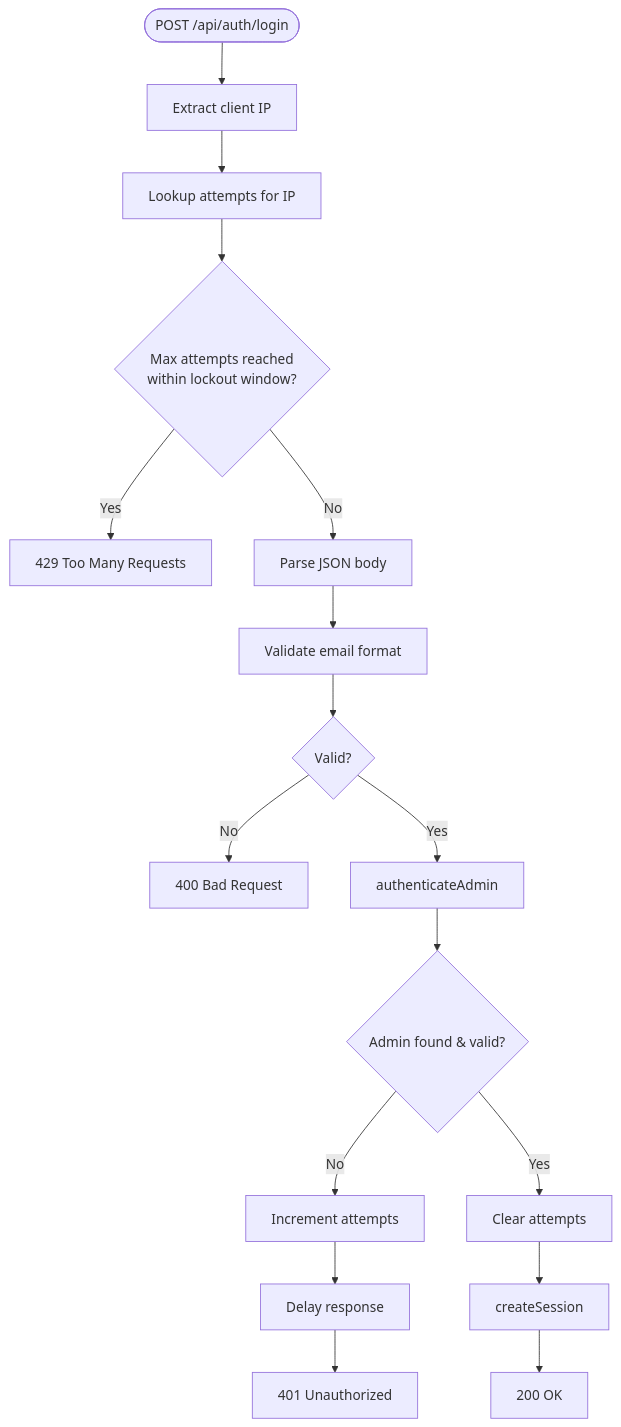
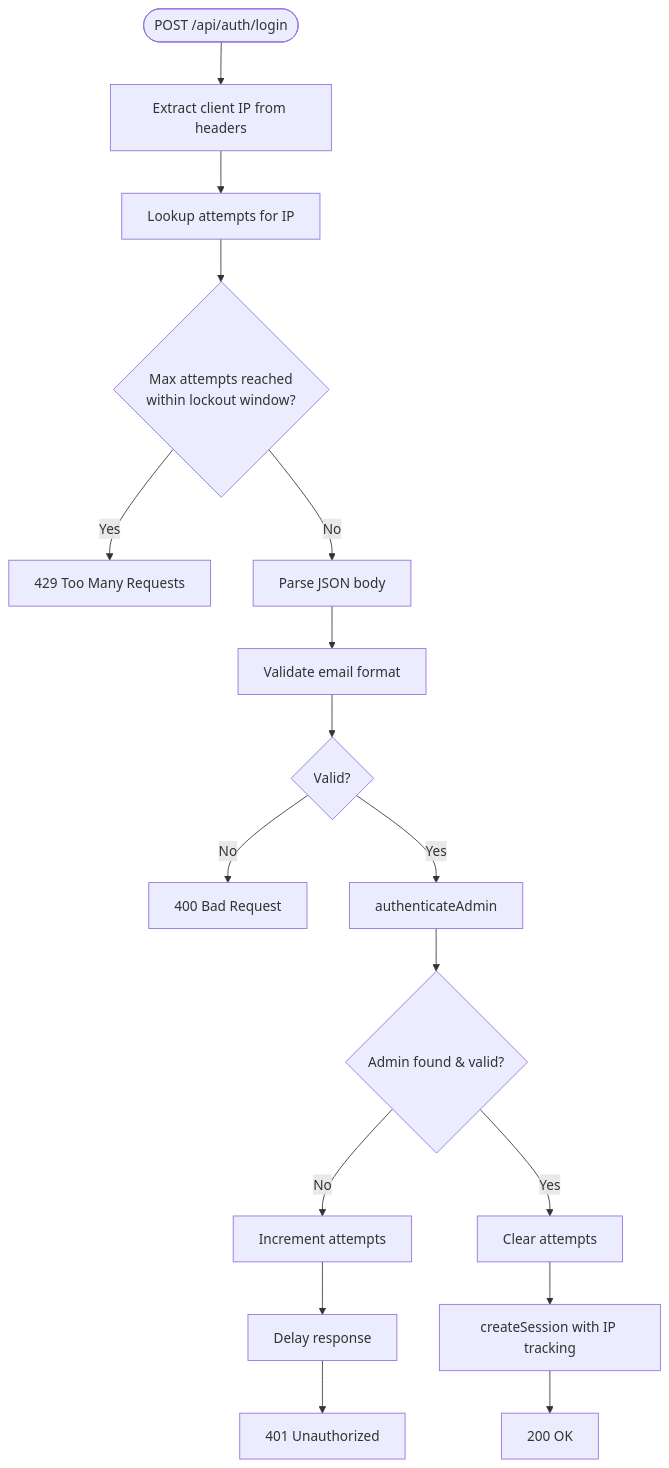
The fifth of 10 diagrams in .qoder/repowiki/en/content/Security Implementation/Security Implementation.md (xLegarda/GreenAxis), drawn with Mermaid before and after one commit. The commit also changed other lines of this file and 42 other files, not shown here.

````diff
--- a/.qoder/repowiki/en/content/Security Implementation/Security Implementation.md
+++ b/.qoder/repowiki/en/content/Security Implementation/Security Implementation.md
@@ -253,15 +269,15 @@
 ```mermaid
 flowchart TD
-Entry(["POST /api/auth/login"]) --> GetIP["Extract client IP"]
+Entry(["POST /api/auth/login"]) --> GetIP["Extract client IP from headers"]
 GetIP --> CheckAttempts["Lookup attempts for IP"]
 CheckAttempts --> Locked{"Max attempts reached<br/>within lockout window?"}
 Locked --> |Yes| Respond429["429 Too Many Requests"]
 Locked --> |No| ParseBody["Parse JSON body"]
 ParseBody --> Validate["Validate email format"]
 Validate --> Valid{"Valid?"}
 Valid --> |No| Respond400["400 Bad Request"]
 Valid --> |Yes| Authenticate["authenticateAdmin"]
 Authenticate --> Found{"Admin found & valid?"}
 Found --> |No| Inc["Increment attempts"] --> Delay["Delay response"] --> Respond401["401 Unauthorized"]
-Found --> |Yes| Clear["Clear attempts"] --> CreateSession["createSession"] --> Respond200["200 OK"]
+Found --> |Yes| Clear["Clear attempts"] --> CreateSession["createSession with IP tracking"] --> Respond200["200 OK"]
 ```
````
